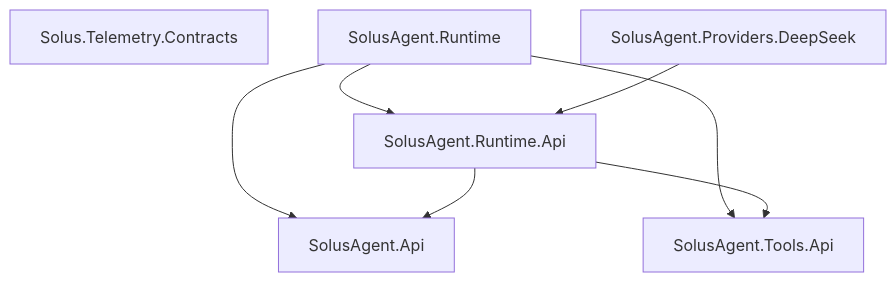
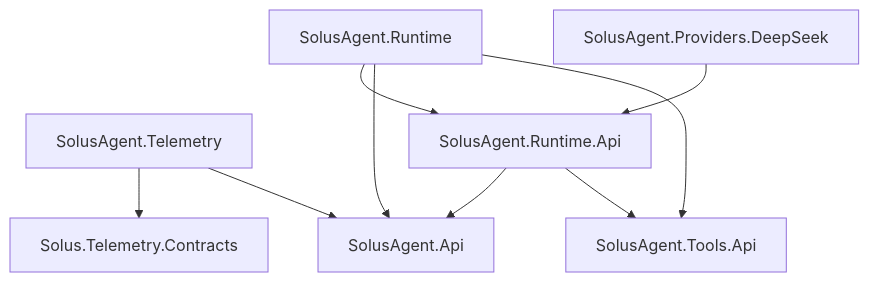
The diagram in docs/20_architecture/project-structure.md (SolusQuest/solus-agent), drawn with Mermaid before and after one commit. The commit also changed other lines of this file and 17 other files, not shown here.

Commit message:
feat(telemetry): map truthful public Agent usage (#127)

````diff
--- a/docs/20_architecture/project-structure.md
+++ b/docs/20_architecture/project-structure.md
@@ -68,10 +70,12 @@
 ```mermaid
 flowchart TD
     Contracts[Solus.Telemetry.Contracts]
+    Mapper[SolusAgent.Telemetry] --> Contracts
+    Mapper --> AgentApi[SolusAgent.Api]
     Runtime[SolusAgent.Runtime] --> RuntimeApi[SolusAgent.Runtime.Api]
     Runtime --> AgentApi[SolusAgent.Api]
     Runtime --> ToolsApi[SolusAgent.Tools.Api]
     RuntimeApi --> AgentApi
     RuntimeApi --> ToolsApi
     DeepSeek[SolusAgent.Providers.DeepSeek] --> RuntimeApi
 ```
````
